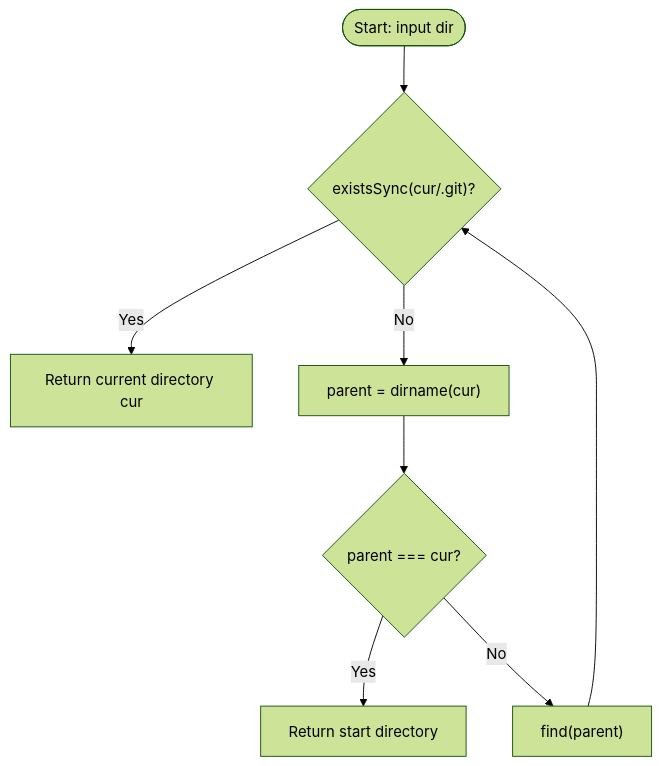
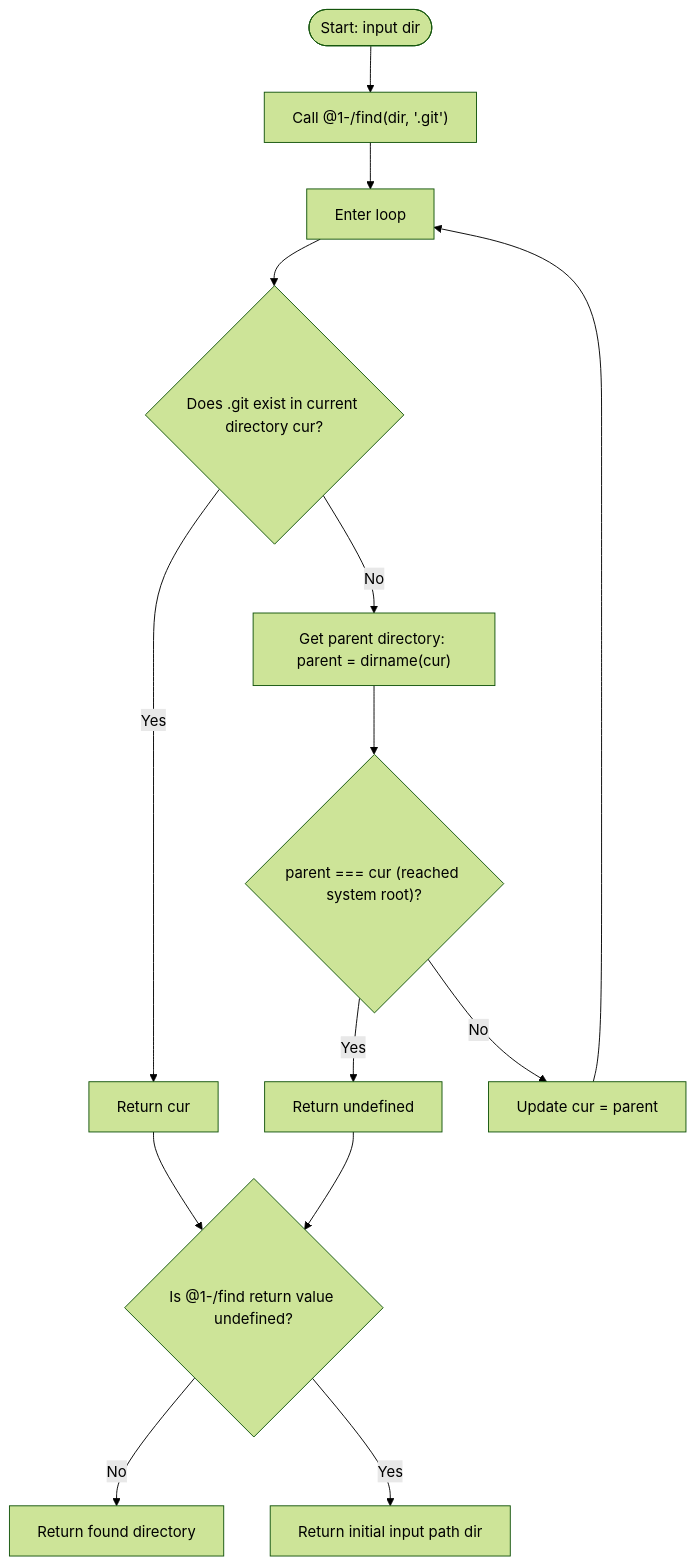
One commit to webc-site/npm changed the diagram in findgit/readme/en.md. Above: the diagram before and after it, drawn with Mermaid (forest theme). The commit also changed other lines of this file and 18 other files, not shown here.

````diff
--- a/findgit/readme/en.md
+++ b/findgit/readme/en.md
@@ -30,10 +32,16 @@
 ```mermaid
 graph TD
-    Start([Start: input dir]) --> CheckGit{"existsSync(cur/.git)?"}
-    CheckGit -- Yes --> ReturnCur[Return current directory cur]
-    CheckGit -- No --> ParentDir["parent = dirname(cur)"]
-    ParentDir --> CheckRoot{"parent === cur?"}
-    CheckRoot -- Yes --> ReturnStart[Return start directory]
-    CheckRoot -- No --> Recurse["find(parent)"]
-    Recurse --> CheckGit
+    Start([Start: input dir]) --> FindCall["Call @1-/find(dir, '.git')"]
+    FindCall --> Loop[Enter loop]
+    Loop --> CheckGit{"Does .git exist in current directory cur?"}
+    CheckGit -- Yes --> ReturnCur[Return cur]
+    CheckGit -- No --> ParentDir["Get parent directory: parent = dirname(cur)"]
+    ParentDir --> CheckRoot{"parent === cur (reached system root)?"}
+    CheckRoot -- Yes --> ReturnUndefined[Return undefined]
+    CheckRoot -- No --> UpdateCur["Update cur = parent"]
+    UpdateCur --> Loop
+    ReturnCur --> Coalesce{"Is @1-/find return value undefined?"}
+    ReturnUndefined --> Coalesce
+    Coalesce -- No --> ReturnVal[Return found directory]
+    Coalesce -- Yes --> ReturnInput[Return initial input path dir]
 ```
````
